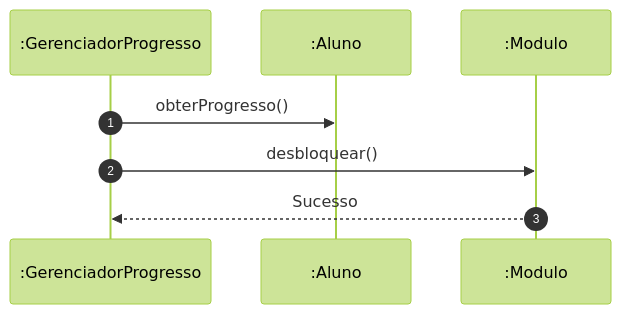
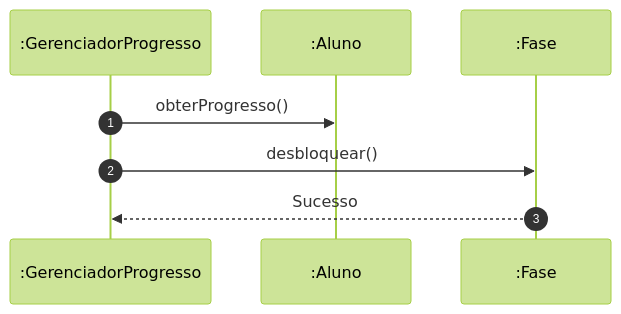
Before and after one commit to MayconDIS/PIM_III-Documentacao_UML: the second of 2 diagrams in 02_Modelagem_UML_Astah/UC13_Desbloquear_Fases_Modulos/README.md, drawn with Mermaid (forest theme). The commit also changed other lines of this file and 234 other files, not shown here.

````diff
--- a/02_Modelagem_UML_Astah/UC13_Desbloquear_Fases_Modulos/README.md
+++ b/02_Modelagem_UML_Astah/UC13_Desbloquear_Fases_Modulos/README.md
@@ -59,10 +48,10 @@
 ```mermaid
 sequenceDiagram
     autonumber
     participant M as :GerenciadorProgresso
     participant A as :Aluno
-    participant F as :Modulo
+    participant F as :Fase
     M->>A: obterProgresso()
     M->>F: desbloquear()
     F-->>M: Sucesso
 ```
````
